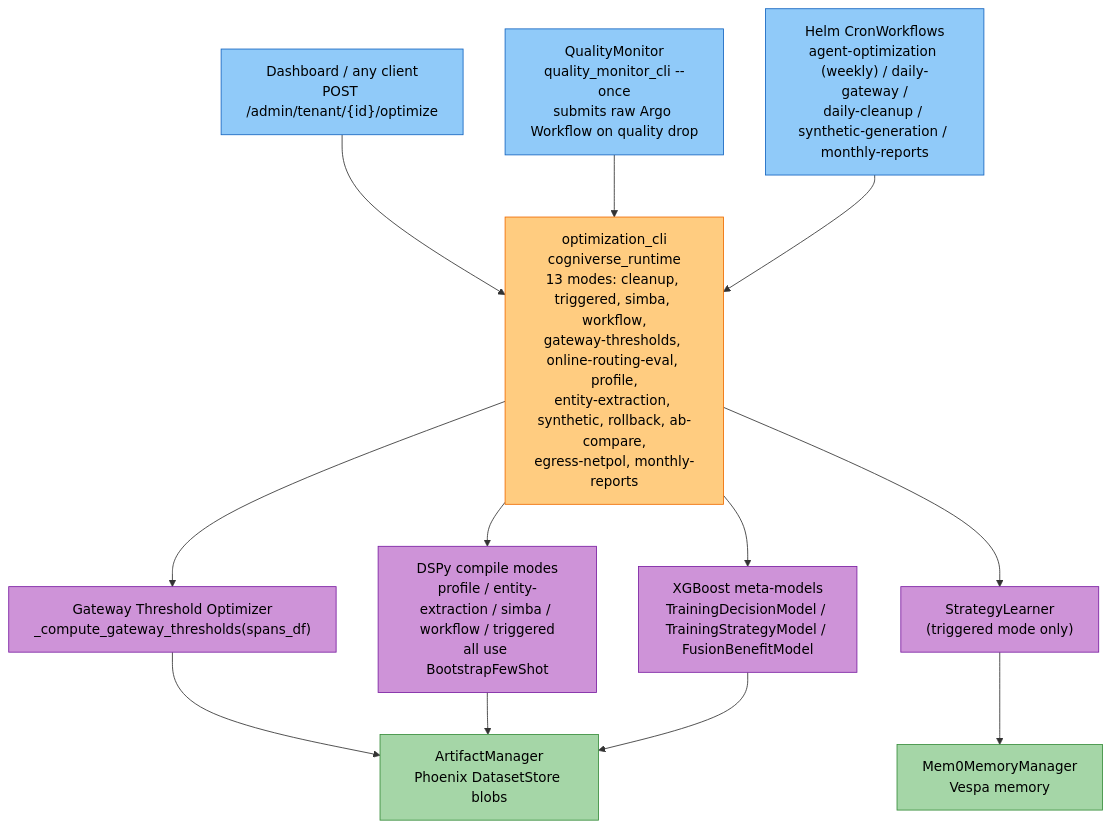
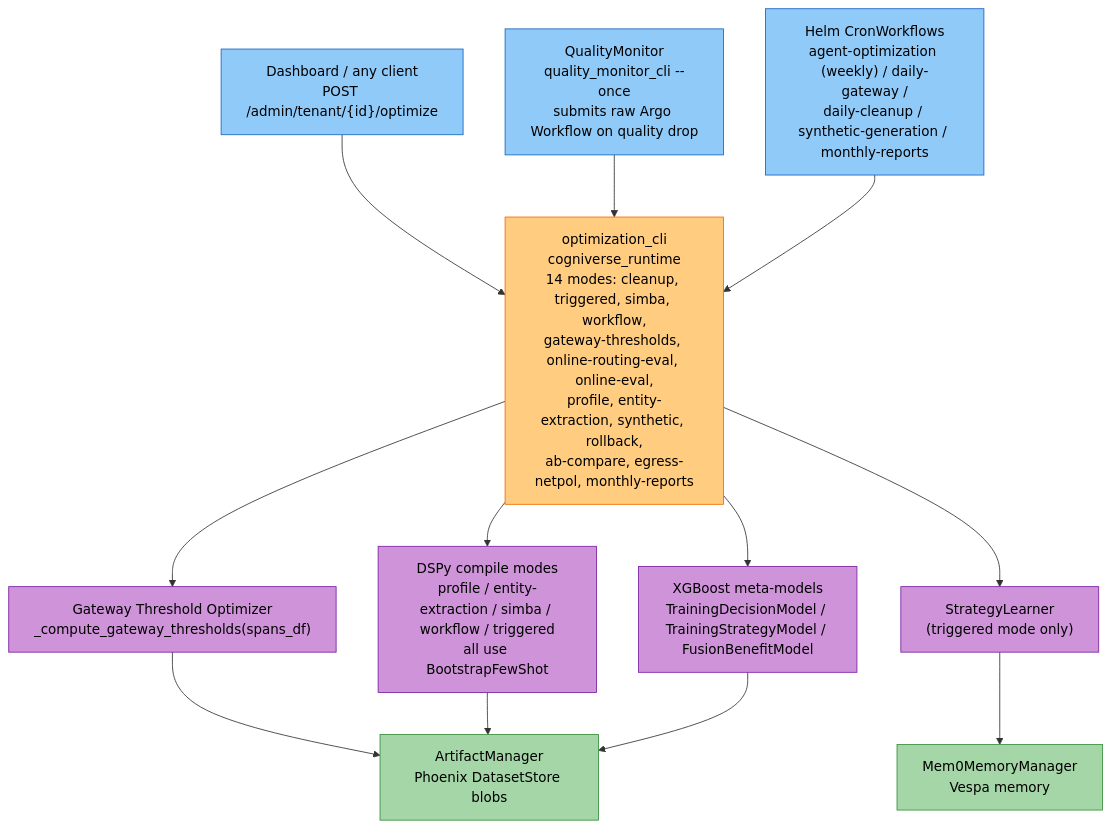
One commit to amit-jain/cogniverse changed the first of 4 diagrams in docs/modules/optimization.md. Above: the diagram before and after it, drawn with Mermaid. The commit also changed other lines of this file and 7 other files, not shown here.

````diff
--- a/docs/modules/optimization.md
+++ b/docs/modules/optimization.md
@@ -132,33 +132,33 @@
 ```mermaid
 flowchart TB
     Dashboard["<span style='color:#000'>Dashboard / any client<br/>POST /admin/tenant/{id}/optimize</span>"]
     QM["<span style='color:#000'>QualityMonitor<br/>quality_monitor_cli --once<br/>submits raw Argo Workflow on quality drop</span>"]
     Cron["<span style='color:#000'>Helm CronWorkflows<br/>agent-optimization (weekly) / daily-gateway /<br/>daily-cleanup / synthetic-generation / monthly-reports</span>"]
 
     Dashboard --> OptCLI
     QM --> OptCLI
     Cron --> OptCLI
 
-    OptCLI["<span style='color:#000'>optimization_cli<br/>cogniverse_runtime<br/>13 modes: cleanup, triggered, simba, workflow,<br/>gateway-thresholds, online-routing-eval, profile,<br/>entity-extraction, synthetic, rollback, ab-compare,<br/>egress-netpol, monthly-reports</span>"]
+    OptCLI["<span style='color:#000'>optimization_cli<br/>cogniverse_runtime<br/>14 modes: cleanup, triggered, simba, workflow,<br/>gateway-thresholds, online-routing-eval, online-eval,<br/>profile, entity-extraction, synthetic, rollback,<br/>ab-compare, egress-netpol, monthly-reports</span>"]
 
     OptCLI --> GatewayOpt["<span style='color:#000'>Gateway Threshold Optimizer<br/>_compute_gateway_thresholds(spans_df)</span>"]
     OptCLI --> DSPyModes["<span style='color:#000'>DSPy compile modes<br/>profile / entity-extraction / simba / workflow / triggered<br/>all use BootstrapFewShot</span>"]
     OptCLI --> Meta["<span style='color:#000'>XGBoost meta-models<br/>TrainingDecisionModel / TrainingStrategyModel / FusionBenefitModel</span>"]
     OptCLI --> Strategy["<span style='color:#000'>StrategyLearner<br/>(triggered mode only)</span>"]
 
     GatewayOpt --> AM["<span style='color:#000'>ArtifactManager<br/>Phoenix DatasetStore blobs</span>"]
     DSPyModes --> AM
     Meta --> AM
     Strategy --> Mem0["<span style='color:#000'>Mem0MemoryManager<br/>Vespa memory</span>"]
 
     style Dashboard fill:#90caf9,stroke:#1565c0,color:#000
     style QM fill:#90caf9,stroke:#1565c0,color:#000
     style Cron fill:#90caf9,stroke:#1565c0,color:#000
     style OptCLI fill:#ffcc80,stroke:#ef6c00,color:#000
     style GatewayOpt fill:#ce93d8,stroke:#7b1fa2,color:#000
     style DSPyModes fill:#ce93d8,stroke:#7b1fa2,color:#000
     style Meta fill:#ce93d8,stroke:#7b1fa2,color:#000
     style Strategy fill:#ce93d8,stroke:#7b1fa2,color:#000
     style AM fill:#a5d6a7,stroke:#388e3c,color:#000
     style Mem0 fill:#a5d6a7,stroke:#388e3c,color:#000
 ```
````
